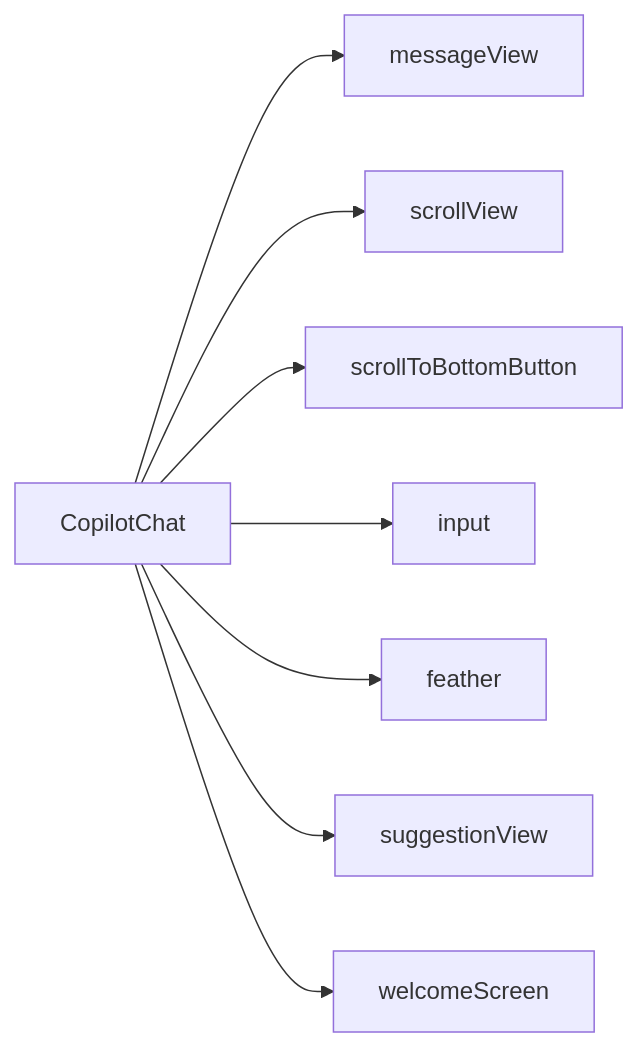
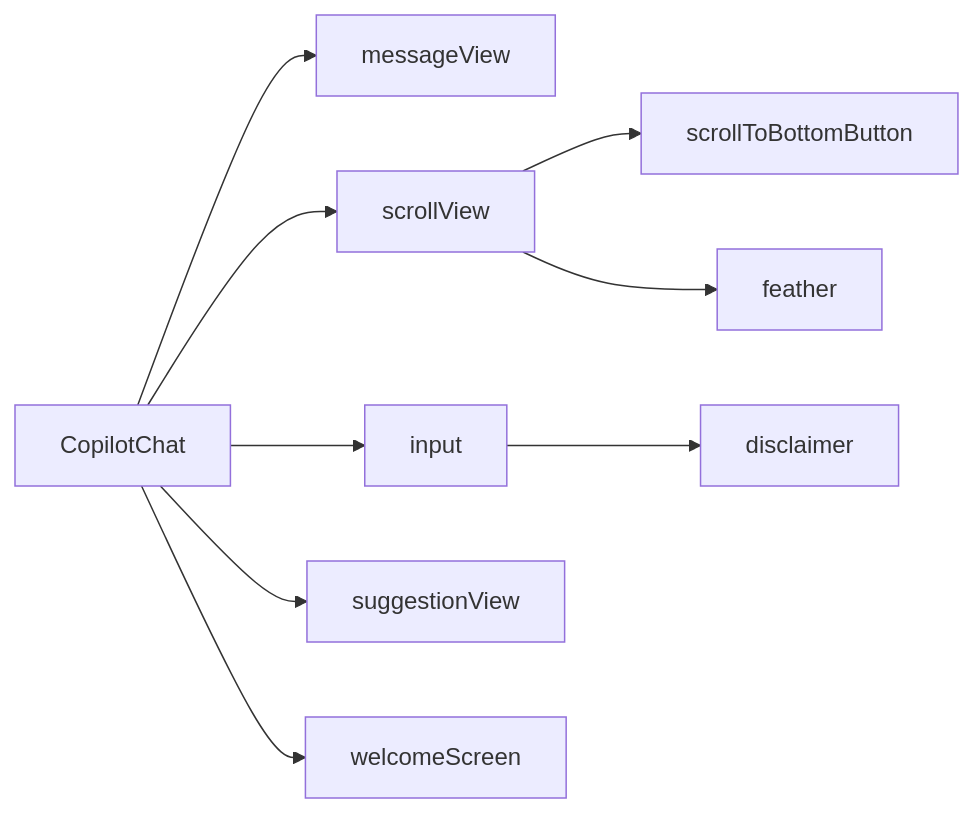
One commit to CopilotKit/CopilotKit changed the diagram in src/v2.x/apps/docs/reference/copilot-chat.mdx. Above: the diagram before and after it, drawn with Mermaid. The commit also changed other lines of this file and 2 other files, not shown here.

Commit message:
move feather into scrollview

````diff
--- a/src/v2.x/apps/docs/reference/copilot-chat.mdx
+++ b/src/v2.x/apps/docs/reference/copilot-chat.mdx
@@ -25,10 +25,11 @@
 ```mermaid
 graph LR
     CC[CopilotChat] --> messageView
     CC --> scrollView
-    CC --> scrollToBottomButton
     CC --> input
-    CC --> feather
     CC --> suggestionView
     CC --> welcomeScreen
+    scrollView --> scrollToBottomButton
+    scrollView --> feather
+    input --> disclaimer
 ```
````
